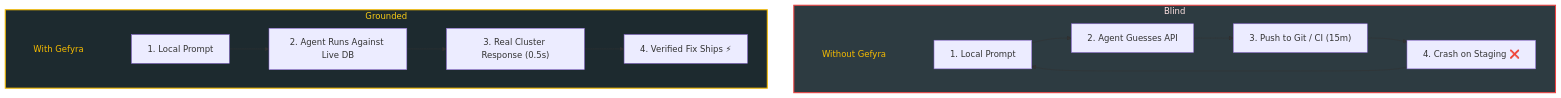
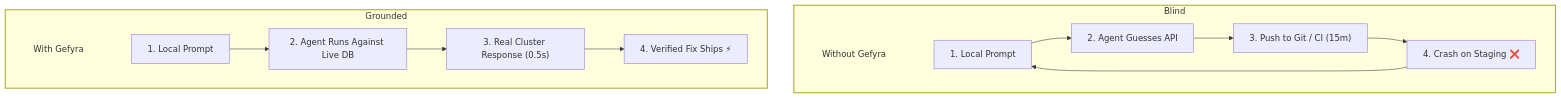
One commit to gefyrahq/gefyra changed the diagram in gefyra-docs/content/en/2.ai-agents/2.agent-workflows.md. Above: the diagram before and after it, drawn with Mermaid. The commit also changed 12 other files, not shown here.

Commit message:
feat(#MARKETING-1226): update theme and styling for Mermaid diagrams across documentation

````diff
--- a/gefyra-docs/content/en/2.ai-agents/2.agent-workflows.md
+++ b/gefyra-docs/content/en/2.ai-agents/2.agent-workflows.md
@@ -23,26 +23,26 @@
 ```mermaid
 flowchart TD
     subgraph Blind
         direction LR
         BlindTitle[["Without Gefyra"]] ~~~ P1["1. Local Prompt"]
         P1 --> P2["2. Agent Guesses API"]
         P2 --> P3["3. Push to Git / CI (15m)"]
         P3 --> P4["4. Crash on Staging ❌"]
         P4 --> P1
     end
 
     subgraph Grounded
         direction LR
         GroundedTitle[["With Gefyra"]] ~~~ G1["1. Local Prompt"]
         G1 --> G2["2. Agent Runs Against Live DB"]
         G2 --> G3["3. Real Cluster Response (0.5s)"]
         G3 --> G4["4. Verified Fix Ships ⚡"]
     end
 
-    classDef groupTitle fill:transparent,stroke:none,color:#f6bc00;
-    classDef blind fill:#2d3b41,stroke:#ef4444,stroke-width:2px,color:#fee2e2;
-    classDef grounded fill:#1d2a2f,stroke:#f6bc00,stroke-width:2px,color:#facc15;
+    classDef groupTitle fill:transparent,stroke:none;
+    classDef blind stroke-width:2px;
+    classDef grounded stroke-width:2px;
     class BlindTitle,GroundedTitle groupTitle;
     class Blind blind;
     class Grounded grounded;
 ```
````
